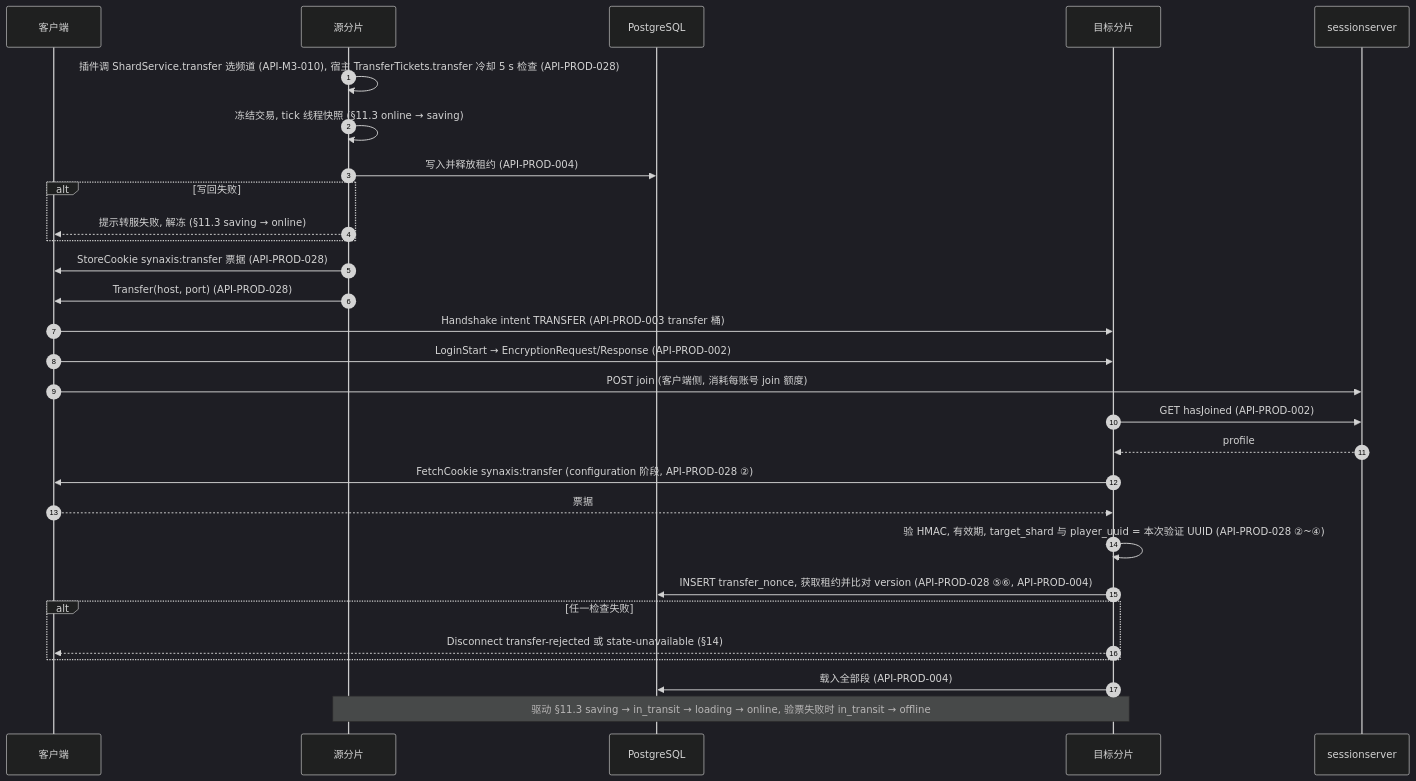
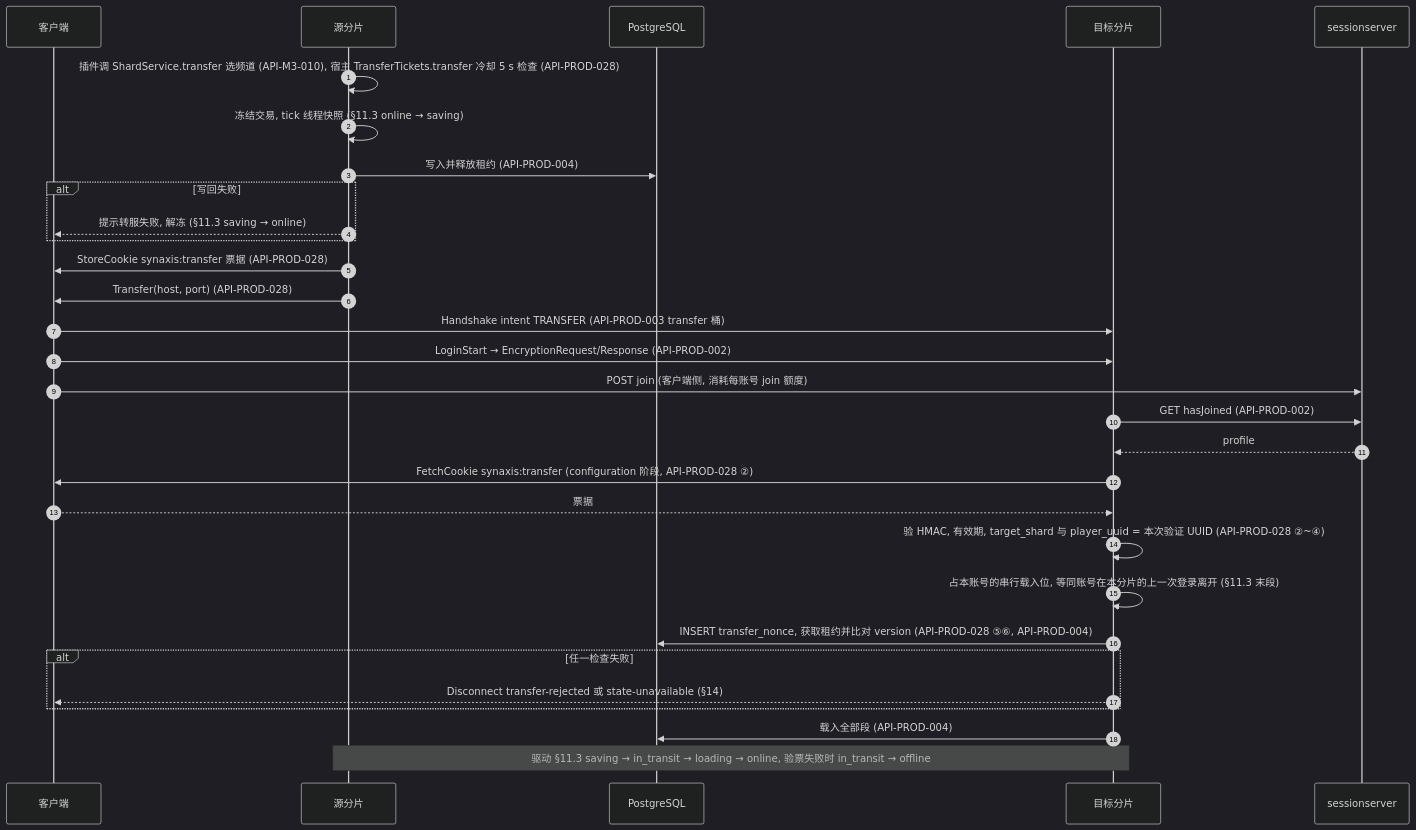
Before and after one commit to Bearisbug/synaxis: the tenth of 12 diagrams in docs/DESIGN-PROD.md, drawn with Mermaid (dark theme). The commit also changed other lines of this file and 1 other file, not shown here.

````diff
--- a/docs/DESIGN-PROD.md
+++ b/docs/DESIGN-PROD.md
@@ -1071,31 +1100,32 @@
 ```mermaid
 sequenceDiagram
   autonumber
   participant C as 客户端
   participant A as 源分片
   participant P as PostgreSQL
   participant B as 目标分片
   participant M as sessionserver
   A->>A: 插件调 ShardService.transfer 选频道 (API-M3-010), 宿主 TransferTickets.transfer 冷却 5 s 检查 (API-PROD-028)
   A->>A: 冻结交易, tick 线程快照 (§11.3 online → saving)
   A->>P: 写入并释放租约 (API-PROD-004)
   alt 写回失败
     A-->>C: 提示转服失败, 解冻 (§11.3 saving → online)
   end
   A->>C: StoreCookie synaxis:transfer 票据 (API-PROD-028)
   A->>C: Transfer(host, port) (API-PROD-028)
   C->>B: Handshake intent TRANSFER (API-PROD-003 transfer 桶)
   C->>B: LoginStart → EncryptionRequest/Response (API-PROD-002)
   C->>M: POST join (客户端侧, 消耗每账号 join 额度)
   B->>M: GET hasJoined (API-PROD-002)
   M-->>B: profile
   B->>C: FetchCookie synaxis:transfer (configuration 阶段, API-PROD-028 ②)
   C-->>B: 票据
   B->>B: 验 HMAC, 有效期, target_shard 与 player_uuid = 本次验证 UUID (API-PROD-028 ②~④)
+  B->>B: 占本账号的串行载入位, 等同账号在本分片的上一次登录离开 (§11.3 末段)
   B->>P: INSERT transfer_nonce, 获取租约并比对 version (API-PROD-028 ⑤⑥, API-PROD-004)
   alt 任一检查失败
     B-->>C: Disconnect transfer-rejected 或 state-unavailable (§14)
   end
   B->>P: 载入全部段 (API-PROD-004)
   Note over A,B: 驱动 §11.3 saving → in_transit → loading → online, 验票失败时 in_transit → offline
 ```
````
